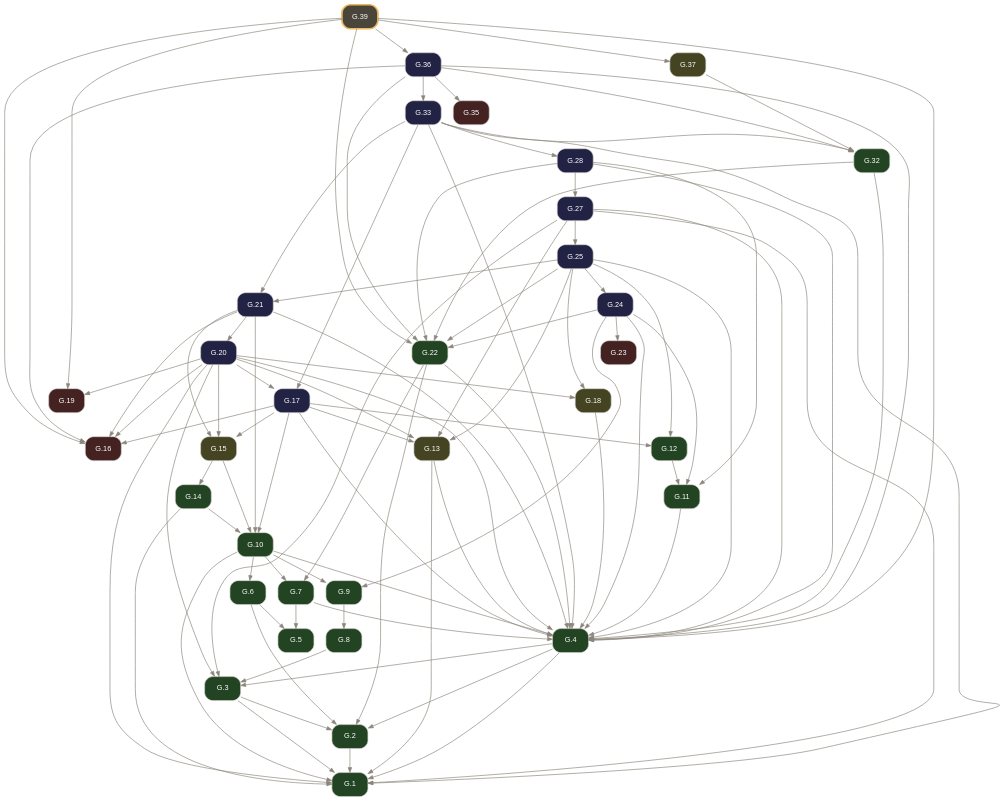
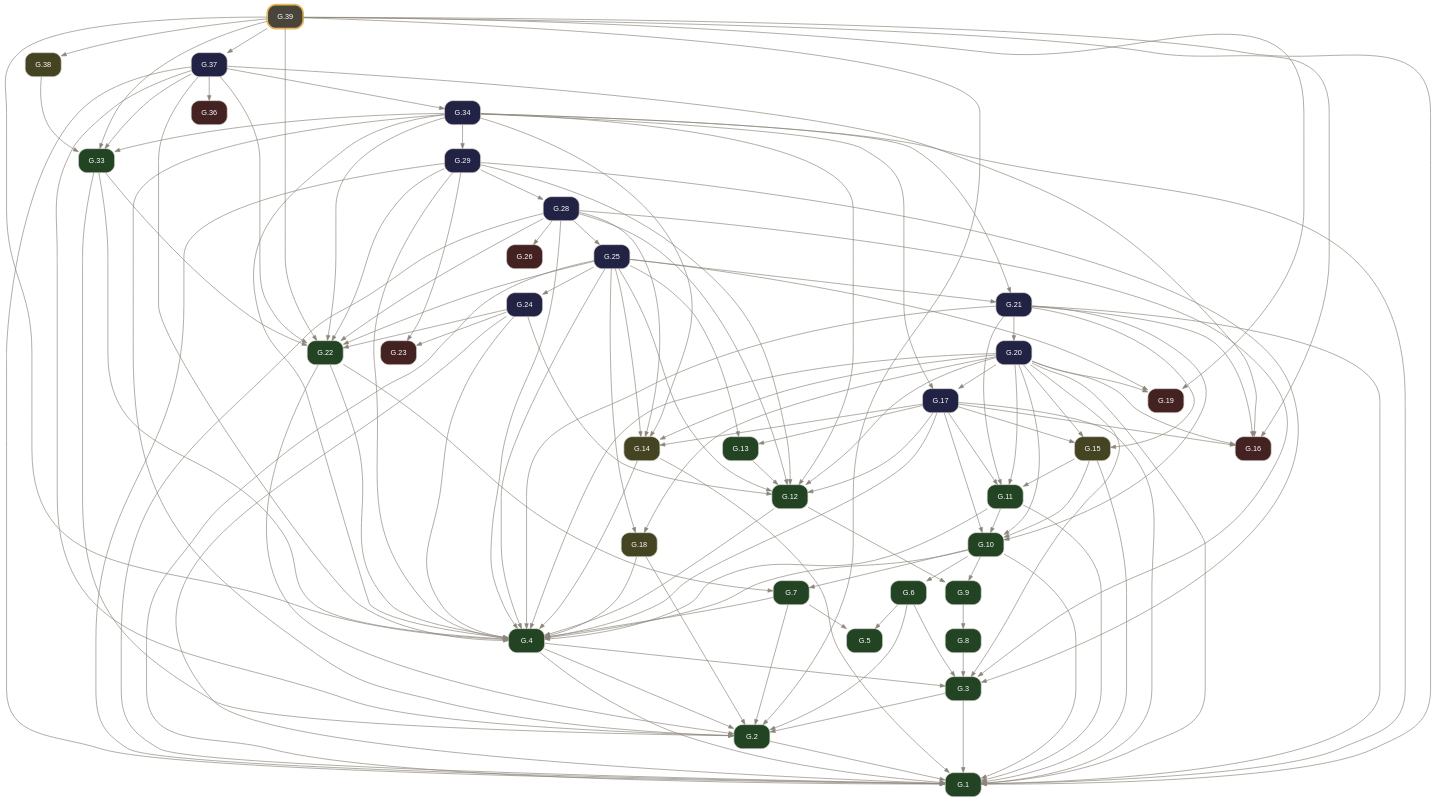
Before and after one commit to geometor/elements: the diagram in docsrc/elements2/G.39/index.rst, drawn with Graphviz. The commit also changed other lines of this file and 1276 other files, not shown here.

```diff
--- a/docsrc/elements2/G.39/index.rst
+++ b/docsrc/elements2/G.39/index.rst
@@ -89,10 +97,10 @@
      "G.8" [label="G.8", tooltip="G.8 (I.def.13): A boundary is the extremity of anything.", fillcolor="#224422", URL="../G.8/index.html", target="_top"];
      "G.9" [label="G.9", tooltip="G.9 (I.def.14): A figure is that which is contained by any boundary or boundaries.", fillcolor="#224422", URL="../G.9/index.html", target="_top"];
      "G.10" [label="G.10", tooltip="G.10 (I.def.15): A circle ( A B ) is a plane figure contained by one arc defined by a center A and a point B establishing its defining radius / A B /, such that all segments / A B /, / A C /, / A D...", fillcolor="#224422", URL="../G.10/index.html", target="_top"];
-     "G.11" [label="G.11", tooltip="G.11 (I.def.19): Rectilineal figures are contained by segments: trilateral by three, quadrilateral by four, and multilateral by more than four.", fillcolor="#224422", URL="../G.11/index.html", target="_top"];
-     "G.12" [label="G.12", tooltip="G.12 (I.def.20): Of trilateral figures, an equilateral triangle < A B C > has three equal sides, an isosceles triangle < D E F > has two equal sides, and a scalene triangle < G H K > has three uneq...", fillcolor="#224422", URL="../G.12/index.html", target="_top"];
-     "G.13" [label="G.13", tooltip="G.13 (I.post.1): Construct a segment / A B / between any two points A, B.", fillcolor="#444422", URL="../G.13/index.html", target="_top"];
-     "G.14" [label="G.14", tooltip="G.14 (I.def.16): The point A within the circle ( A B ) from which all segments / A B /, / A C / to the arc are equal is called the center of the circle.", fillcolor="#224422", URL="../G.14/index.html", target="_top"];
+     "G.11" [label="G.11", tooltip="G.11 (I.def.16): The point A within the circle ( A B ) from which all segments / A B /, / A C / to the arc are equal is called the center of the circle.", fillcolor="#224422", URL="../G.11/index.html", target="_top"];
+     "G.12" [label="G.12", tooltip="G.12 (I.def.19): Rectilineal figures are contained by segments: trilateral by three, quadrilateral by four, and multilateral by more than four.", fillcolor="#224422", URL="../G.12/index.html", target="_top"];
+     "G.13" [label="G.13", tooltip="G.13 (I.def.20): Of trilateral figures, an equilateral triangle < A B C > has three equal sides, an isosceles triangle < D E F > has two equal sides, and a scalene triangle < G H K > has three uneq...", fillcolor="#224422", URL="../G.13/index.html", target="_top"];
+     "G.14" [label="G.14", tooltip="G.14 (I.post.1): Construct a segment / A B / between any two points A, B.", fillcolor="#444422", URL="../G.14/index.html", target="_top"];
      "G.15" [label="G.15", tooltip="G.15 (I.post.3): Construct a circle ( A B ) with center A and defining radius point B.", fillcolor="#444422", URL="../G.15/index.html", target="_top"];
      "G.16" [label="G.16", tooltip="G.16 (I.cn.1): Things equal to the same thing are equal to one another.", fillcolor="#442222", URL="../G.16/index.html", target="_top"];
      "G.17" [label="G.17", tooltip="G.17 (I.1): Construct an equilateral triangle on a given segment.", fillcolor="#222244", URL="../G.17/index.html", target="_top"];
@@ -104,35 +112,53 @@
      "G.23" [label="G.23", tooltip="G.23 (I.cn.4): Things / A B /, / D E / that coincide with one another are equal to one another.", fillcolor="#442222", URL="../G.23/index.html", target="_top"];
      "G.24" [label="G.24", tooltip="G.24 (I.4): Triangles with two sides and the included angle equal are congruent (SAS).", fillcolor="#222244", URL="../G.24/index.html", target="_top"];
      "G.25" [label="G.25", tooltip="G.25 (I.5): In an isosceles triangle, the angles at the base are equal, and if the equal sides are extended, the angles under the base are equal.", fillcolor="#222244", URL="../G.25/index.html", target="_top"];
-     "G.27" [label="G.27", tooltip="G.27 (I.7): On the same segment and on the same side, there cannot be constructed two distinct triangles with both pairs of conterminous sides equal.", fillcolor="#222244", URL="../G.27/index.html", target="_top"];
-     "G.28" [label="G.28", tooltip="G.28 (I.8): Triangles with all three corresponding sides equal have their corresponding angles equal (SSS).", fillcolor="#222244", URL="../G.28/index.html", target="_top"];
-     "G.32" [label="G.32", tooltip="G.32 (I.def.10): When a segment standing on a line makes the adjacent angles equal, each of the equal angles is a right angle, and the standing segment is perpendicular to the line.", fillcolor="#224422", URL="../G.32/index.html", target="_top"];
-     "G.33" [label="G.33", tooltip="G.33 (I.11): Construct a segment at right angles to a given line from a given point on it.", fillcolor="#222244", URL="../G.33/index.html", target="_top"];
-     "G.35" [label="G.35", tooltip="G.35 (I.cn.2): If equals are added to equals, the wholes are equal.", fillcolor="#442222", URL="../G.35/index.html", target="_top"];
-     "G.36" [label="G.36", tooltip="G.36 (I.13): A segment standing on a line makes either two right angles or adjacent angles summing to two right angles.", fillcolor="#222244", URL="../G.36/index.html", target="_top"];
-     "G.37" [label="G.37", tooltip="G.37 (I.post.4): All right angles are equal.", fillcolor="#444422", URL="../G.37/index.html", target="_top"];
-     "G.39" [label="G.39", tooltip="G.39 (I.15): Intersecting lines make their vertical angles equal.", penwidth=2.5, color="#e8b85a", fillcolor="#4a453b", URL="index.html", target="_top"];
+     "G.26" [label="G.26", tooltip="G.26 (I.cn.5): The whole is greater than the part.", fillcolor="#442222", URL="../G.26/index.html", target="_top"];
+     "G.28" [label="G.28", tooltip="G.28 (I.7): On the same segment and on the same side, there cannot be constructed two distinct triangles with both pairs of conterminous sides equal.", fillcolor="#222244", URL="../G.28/index.html", target="_top"];
+     "G.29" [label="G.29", tooltip="G.29 (I.8): Triangles with all three corresponding sides equal have their corresponding angles equal (SSS).", fillcolor="#222244", URL="../G.29/index.html", target="_top"];
+     "G.33" [label="G.33", tooltip="G.33 (I.def.10): When a segment standing on a line makes the adjacent angles equal, each of the equal angles is a right angle, and the standing segment is perpendicular to the line.", fillcolor="#224422", URL="../G.33/index.html", target="_top"];
+     "G.34" [label="G.34", tooltip="G.34 (I.11): Construct a segment at right angles to a given line from a given point on it.", fillcolor="#222244", URL="../G.34/index.html", target="_top"];
+     "G.36" [label="G.36", tooltip="G.36 (I.cn.2): If equals are added to equals, the wholes are equal.", fillcolor="#442222", URL="../G.36/index.html", target="_top"];
+     "G.37" [label="G.37", tooltip="G.37 (I.13): A segment standing on a line makes either two right angles or adjacent angles summing to two right angles.", fillcolor="#222244", URL="../G.37/index.html", target="_top"];
+     "G.38" [label="G.38", tooltip="G.38 (I.post.4): All right angles are equal.", fillcolor="#444422", URL="../G.38/index.html", target="_top"];
+     "G.39" [label="G.39", tooltip="G.39 (I.14): If two segments at a point on a line on opposite sides make adjacent angles summing to two right angles, the two segments are collinear.", penwidth=2.5, color="#e8b85a", fillcolor="#4a453b", URL="index.html", target="_top"];
      "G.2" -> "G.1";
      "G.3" -> "G.1";
      "G.4" -> "G.1";
      "G.10" -> "G.1";
-     "G.13" -> "G.1";
+     "G.11" -> "G.1";
      "G.14" -> "G.1";
+     "G.15" -> "G.1";
+     "G.17" -> "G.1";
      "G.20" -> "G.1";
-     "G.27" -> "G.1";
-     "G.33" -> "G.1";
+     "G.21" -> "G.1";
+     "G.24" -> "G.1";
+     "G.25" -> "G.1";
+     "G.28" -> "G.1";
+     "G.29" -> "G.1";
+     "G.34" -> "G.1";
+     "G.37" -> "G.1";
+     "G.39" -> "G.1";
      "G.3" -> "G.2";
      "G.4" -> "G.2";
      "G.6" -> "G.2";
+     "G.7" -> "G.2";
+     "G.18" -> "G.2";
      "G.22" -> "G.2";
+     "G.33" -> "G.2";
+     "G.34" -> "G.2";
+     "G.37" -> "G.2";
+     "G.39" -> "G.2";
      "G.4" -> "G.3";
+     "G.6" -> "G.3";
      "G.8" -> "G.3";
      "G.20" -> "G.3";
-     "G.27" -> "G.3";
+     "G.28" -> "G.3";
+     "G.29" -> "G.3";
      "G.7" -> "G.4";
      "G.10" -> "G.4";
      "G.11" -> "G.4";
-     "G.13" -> "G.4";
+     "G.12" -> "G.4";
+     "G.14" -> "G.4";
      "G.17" -> "G.4";
      "G.18" -> "G.4";
      "G.20" -> "G.4";
@@ -140,11 +166,11 @@
      "G.22" -> "G.4";
      "G.24" -> "G.4";
      "G.25" -> "G.4";
-     "G.27" -> "G.4";
      "G.28" -> "G.4";
-     "G.32" -> "G.4";
+     "G.29" -> "G.4";
      "G.33" -> "G.4";
-     "G.36" -> "G.4";
+     "G.34" -> "G.4";
+     "G.37" -> "G.4";
      "G.39" -> "G.4";
      "G.6" -> "G.5";
      "G.7" -> "G.5";
@@ -153,54 +179,70 @@
      "G.22" -> "G.7";
      "G.9" -> "G.8";
      "G.10" -> "G.9";
-     "G.24" -> "G.9";
-     "G.14" -> "G.10";
+     "G.12" -> "G.9";
+     "G.11" -> "G.10";
      "G.15" -> "G.10";
      "G.17" -> "G.10";
+     "G.20" -> "G.10";
      "G.21" -> "G.10";
-     "G.12" -> "G.11";
-     "G.24" -> "G.11";
-     "G.28" -> "G.11";
+     "G.15" -> "G.11";
+     "G.17" -> "G.11";
+     "G.20" -> "G.11";
+     "G.21" -> "G.11";
+     "G.13" -> "G.12";
      "G.17" -> "G.12";
+     "G.20" -> "G.12";
+     "G.24" -> "G.12";
      "G.25" -> "G.12";
+     "G.28" -> "G.12";
+     "G.29" -> "G.12";
+     "G.34" -> "G.12";
      "G.17" -> "G.13";
-     "G.20" -> "G.13";
      "G.25" -> "G.13";
-     "G.27" -> "G.13";
-     "G.15" -> "G.14";
+     "G.17" -> "G.14";
+     "G.20" -> "G.14";
+     "G.25" -> "G.14";
+     "G.28" -> "G.14";
+     "G.34" -> "G.14";
      "G.17" -> "G.15";
      "G.20" -> "G.15";
      "G.21" -> "G.15";
      "G.17" -> "G.16";
      "G.20" -> "G.16";
      "G.21" -> "G.16";
-     "G.36" -> "G.16";
+     "G.37" -> "G.16";
      "G.39" -> "G.16";
      "G.20" -> "G.17";
-     "G.33" -> "G.17";
+     "G.34" -> "G.17";
      "G.20" -> "G.18";
      "G.25" -> "G.18";
      "G.20" -> "G.19";
+     "G.25" -> "G.19";
      "G.39" -> "G.19";
      "G.21" -> "G.20";
      "G.25" -> "G.21";
-     "G.33" -> "G.21";
+     "G.34" -> "G.21";
      "G.24" -> "G.22";
      "G.25" -> "G.22";
      "G.28" -> "G.22";
-     "G.32" -> "G.22";
-     "G.36" -> "G.22";
+     "G.29" -> "G.22";
+     "G.33" -> "G.22";
+     "G.34" -> "G.22";
+     "G.37" -> "G.22";
      "G.39" -> "G.22";
      "G.24" -> "G.23";
+     "G.29" -> "G.23";
      "G.25" -> "G.24";
-     "G.27" -> "G.25";
-     "G.28" -> "G.27";
-     "G.33" -> "G.28";
-     "G.33" -> "G.32";
-     "G.36" -> "G.32";
-     "G.37" -> "G.32";
-     "G.36" -> "G.33";
-     "G.36" -> "G.35";
-     "G.39" -> "G.36";
+     "G.28" -> "G.25";
+     "G.28" -> "G.26";
+     "G.29" -> "G.28";
+     "G.34" -> "G.29";
+     "G.34" -> "G.33";
+     "G.37" -> "G.33";
+     "G.38" -> "G.33";
+     "G.39" -> "G.33";
+     "G.37" -> "G.34";
+     "G.37" -> "G.36";
      "G.39" -> "G.37";
+     "G.39" -> "G.38";
    }
```
